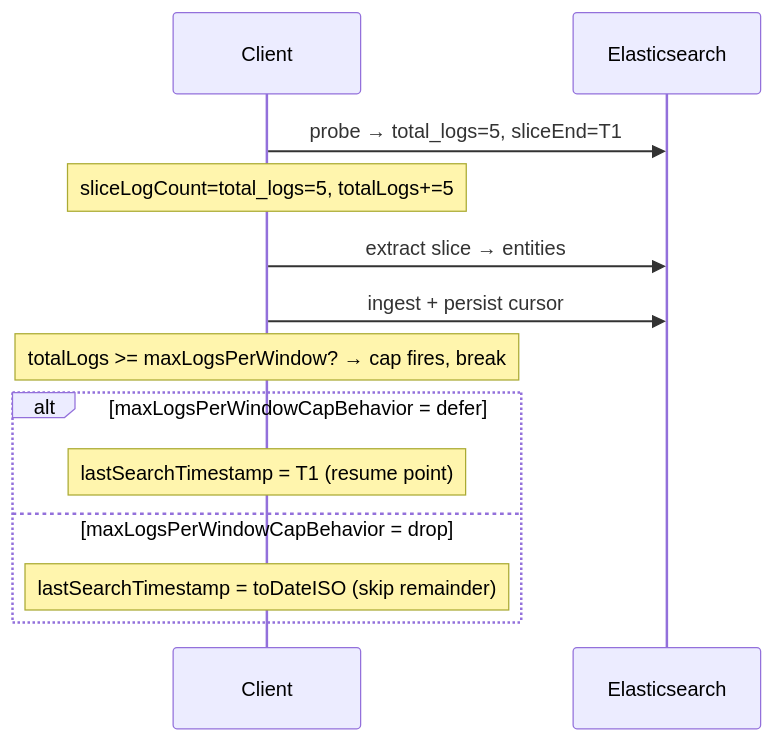
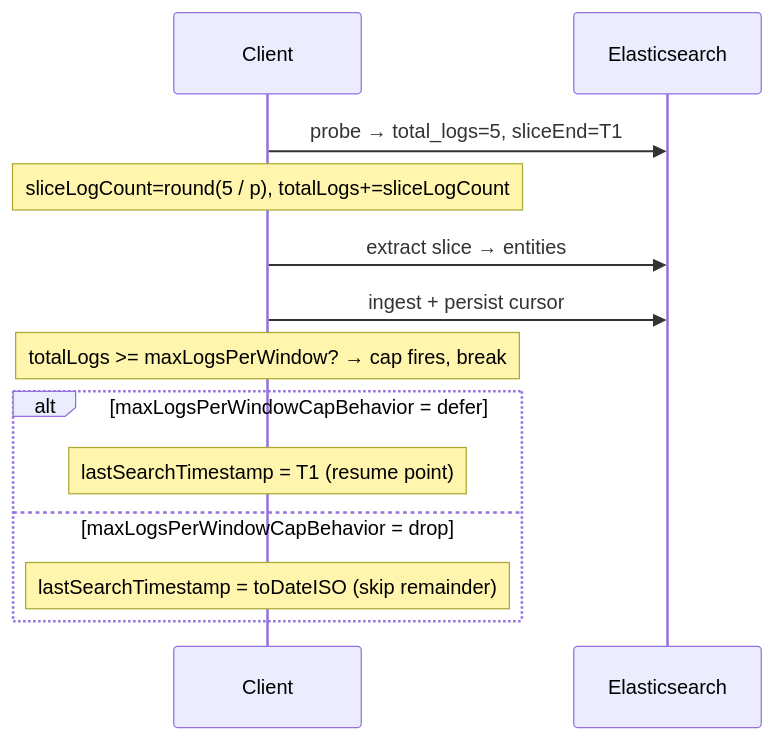
One commit to codacy-open-source-projects-scans/kibana changed the eighth of 8 diagrams in x-pack/platform/plugins/shared/entity_store/server/domain/logs_extraction/PAGINATION.md. Above: the diagram before and after it, drawn with Mermaid. The commit also changed other lines of this file and 8101 other files, not shown here.

````diff
--- a/x-pack/platform/plugins/shared/entity_store/server/domain/logs_extraction/PAGINATION.md
+++ b/x-pack/platform/plugins/shared/entity_store/server/domain/logs_extraction/PAGINATION.md
@@ -264,17 +274,17 @@
 ```mermaid
 sequenceDiagram
     participant C as Client
     participant ES as Elasticsearch
 
     C->>ES: probe → total_logs=5, sliceEnd=T1
-    Note over C: sliceLogCount=total_logs=5, totalLogs+=5
+    Note over C: sliceLogCount=round(5 / p), totalLogs+=sliceLogCount
     C->>ES: extract slice → entities
     C->>ES: ingest + persist cursor
     Note over C: totalLogs >= maxLogsPerWindow? → cap fires, break
 
     alt maxLogsPerWindowCapBehavior = defer
         Note over C: lastSearchTimestamp = T1 (resume point)
     else maxLogsPerWindowCapBehavior = drop
         Note over C: lastSearchTimestamp = toDateISO (skip remainder)
     end
 ```
````
